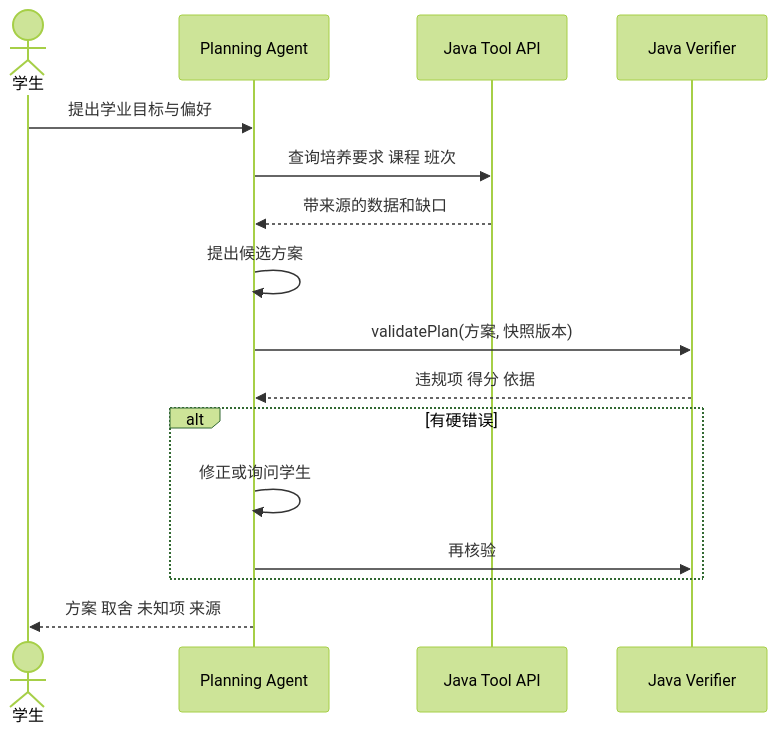
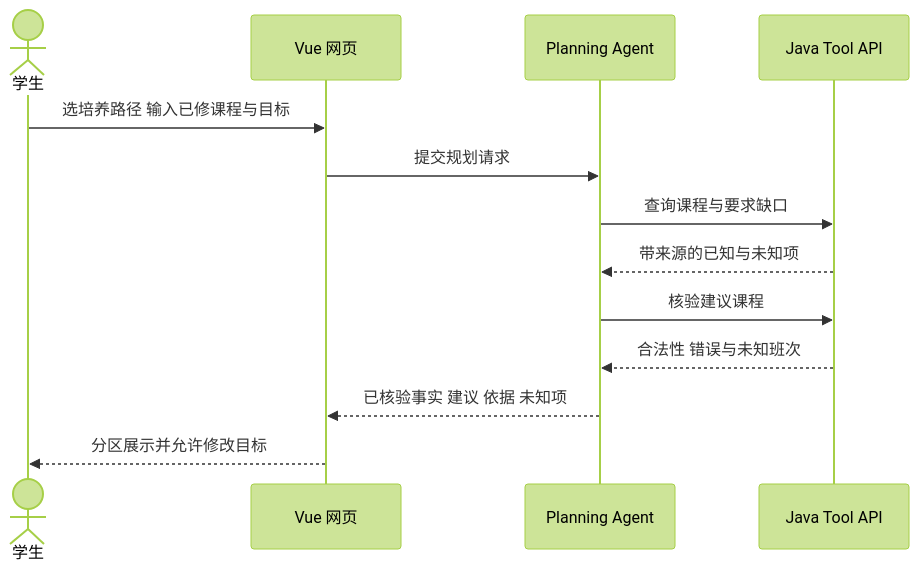
One commit to HelicasECoode42/CoursePilot-Evo changed the second of 3 diagrams in docs/01-teacher-project-plan.md. Above: the diagram before and after it, drawn with Mermaid (forest theme). The commit also changed other lines of this file and 25 other files, not shown here.

````diff
--- a/docs/01-teacher-project-plan.md
+++ b/docs/01-teacher-project-plan.md
@@ -49,18 +41,15 @@
 ```mermaid
 sequenceDiagram
   actor S as 学生
+  participant W as Vue 网页
   participant A as Planning Agent
   participant J as Java Tool API
-  participant V as Java Verifier
-  S->>A: 提出学业目标与偏好
-  A->>J: 查询培养要求 课程 班次
-  J-->>A: 带来源的数据和缺口
-  A->>A: 提出候选方案
-  A->>V: validatePlan(方案, 快照版本)
-  V-->>A: 违规项 得分 依据
-  alt 有硬错误
-    A->>A: 修正或询问学生
-    A->>V: 再核验
-  end
-  A-->>S: 方案 取舍 未知项 来源
+  S->>W: 选培养路径 输入已修课程与目标
+  W->>A: 提交规划请求
+  A->>J: 查询课程与要求缺口
+  J-->>A: 带来源的已知与未知项
+  A->>J: 核验建议课程
+  J-->>A: 合法性 错误与未知班次
+  A-->>W: 已核验事实 建议 依据 未知项
+  W-->>S: 分区展示并允许修改目标
 ```
````
